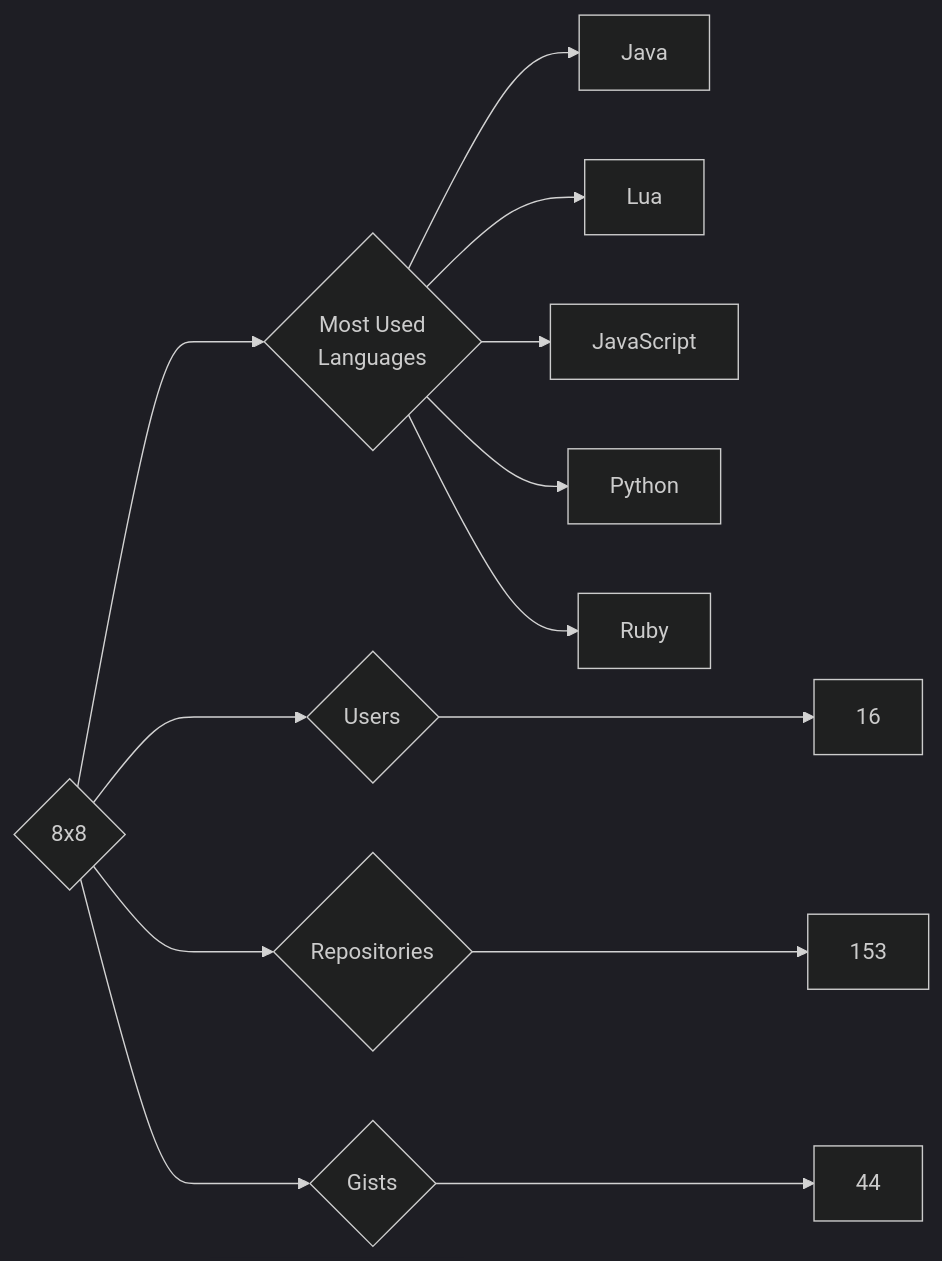
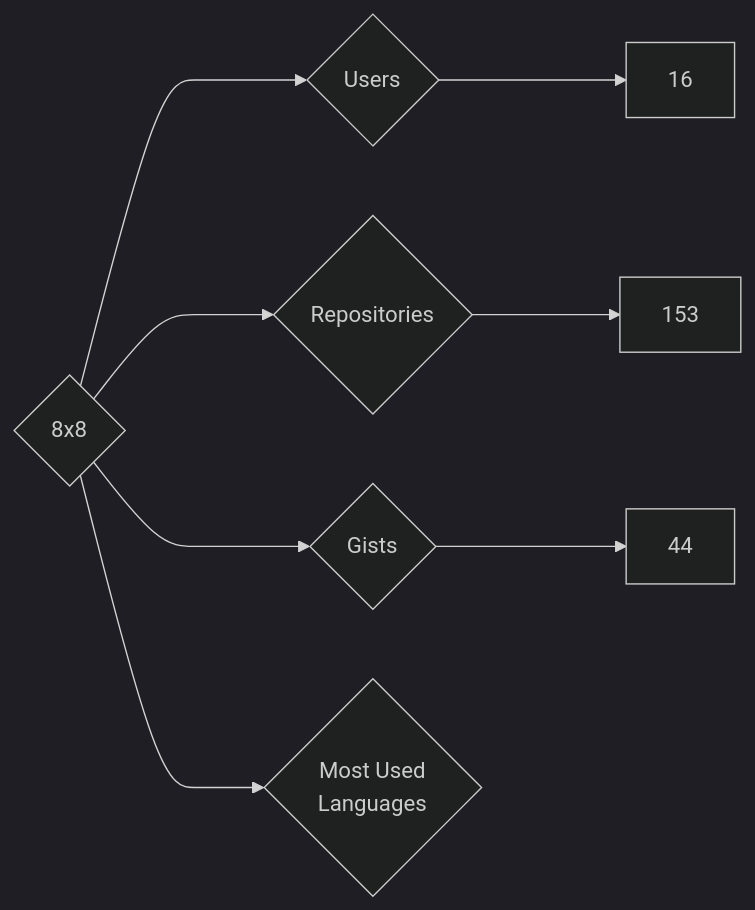
One commit to nenadzaric/insiders changed the diagram in targets/8x8/README.md. Above: the diagram before and after it, drawn with Mermaid (dark theme). The commit also changed 14 other files, not shown here.

````diff
--- a/targets/8x8/README.md
+++ b/targets/8x8/README.md
@@ -3,13 +3,8 @@
 ```mermaid
 graph LR
 COMPANY_NAME{8x8}
 COMPANY_NAME ---> U{Users} ---> UN[16]
 COMPANY_NAME ---> R{Repositories} ---> RN[153]
 COMPANY_NAME ---> G{Gists} ---> GN[44]
 COMPANY_NAME ---> ML{Most Used<br>Languages}
-ML --> Java[Java]
-ML --> Lua[Lua]
-ML --> JavaScript[JavaScript]
-ML --> Python[Python]
-ML --> Ruby[Ruby]
 ```
````
